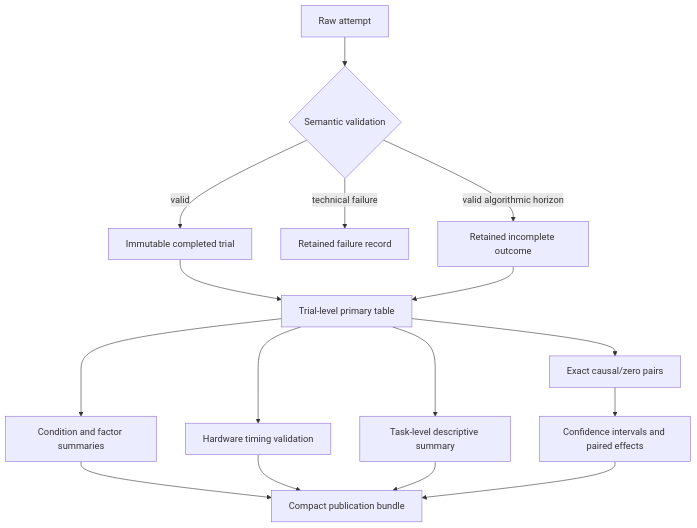
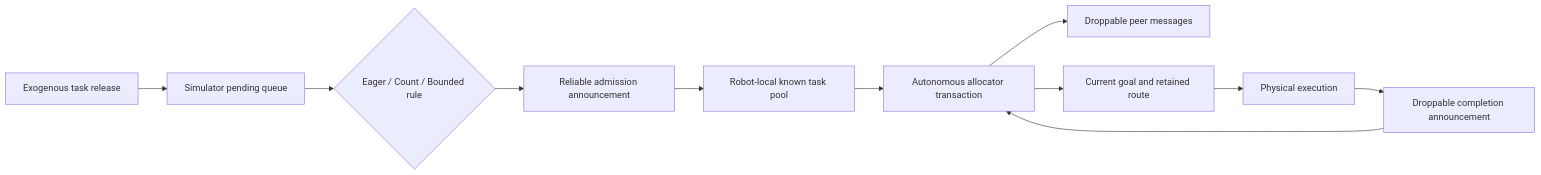
The diagram in docs/SIMULATION_ARCHITECTURE.md (jlott22/mrta_reallocation_coalescing), drawn with Mermaid before and after one commit. The commit also changed other lines of this file and 347 other files, not shown here.

````diff
--- a/docs/SIMULATION_ARCHITECTURE.md
+++ b/docs/SIMULATION_ARCHITECTURE.md
@@ -169,18 +15,13 @@
 ```mermaid
-flowchart TD
-    A[Raw attempt] --> B{Semantic validation}
-    B -->|valid| C[Immutable completed trial]
-    B -->|technical failure| D[Retained failure record]
-    B -->|valid algorithmic horizon| E[Retained incomplete outcome]
-    C --> F[Trial-level primary table]
-    E --> F
-    F --> G[Exact causal/zero pairs]
-    F --> H[Condition and factor summaries]
-    F --> I[Hardware timing validation]
-    F --> J[Task-level descriptive summary]
-    G --> K[Confidence intervals and paired effects]
-    H --> L[Compact publication bundle]
-    I --> L
-    J --> L
-    K --> L
+flowchart LR
+    R[Exogenous task release] --> Q[Simulator pending queue]
+    Q --> P{Eager / Count / Bounded rule}
+    P --> N[Reliable admission announcement]
+    N --> K[Robot-local known task pool]
+    K --> A[Autonomous allocator transaction]
+    A --> M[Droppable peer messages]
+    A --> G[Current goal and retained route]
+    G --> X[Physical execution]
+    X --> C[Droppable completion announcement]
+    C --> A
 ```
````
